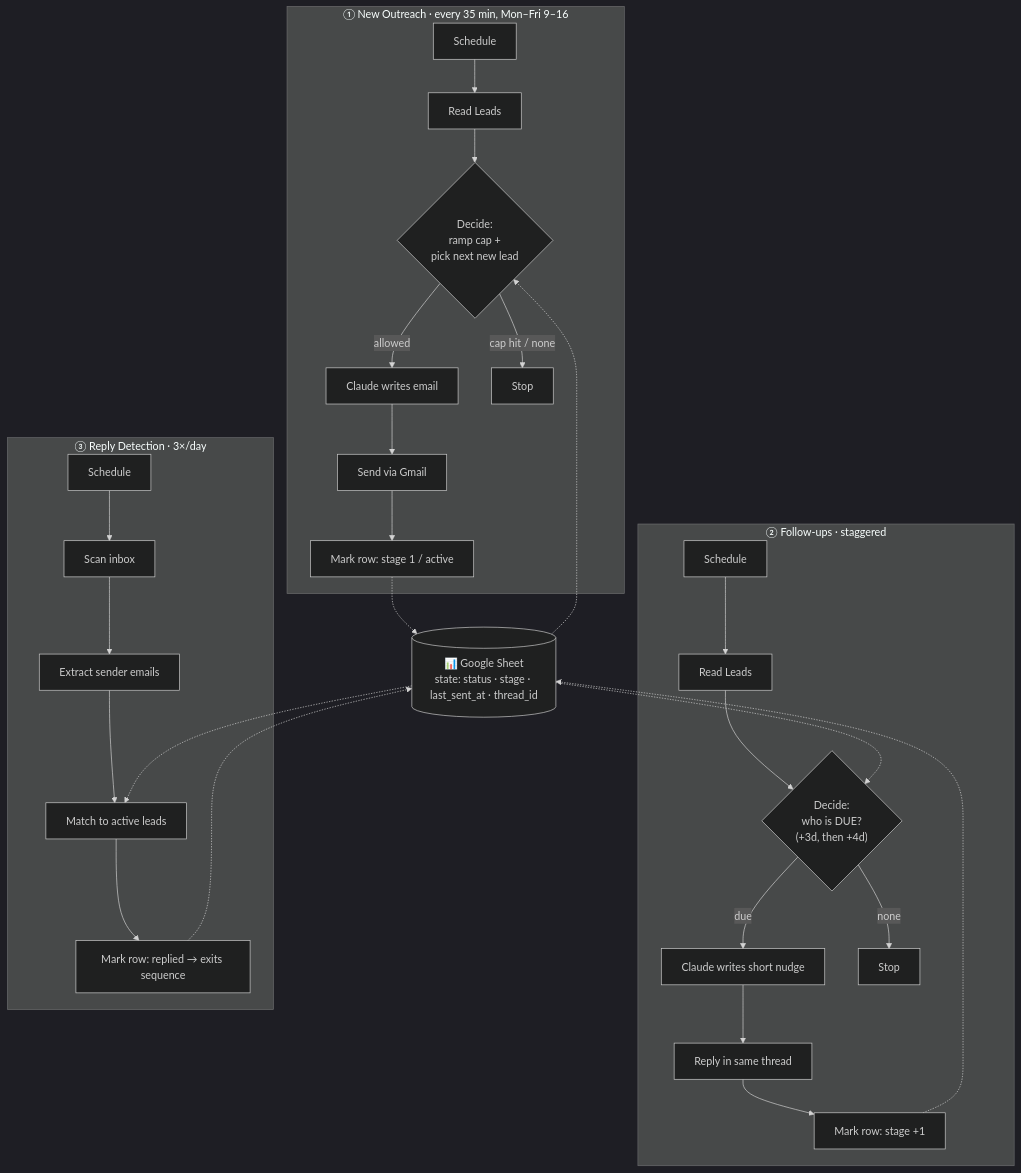
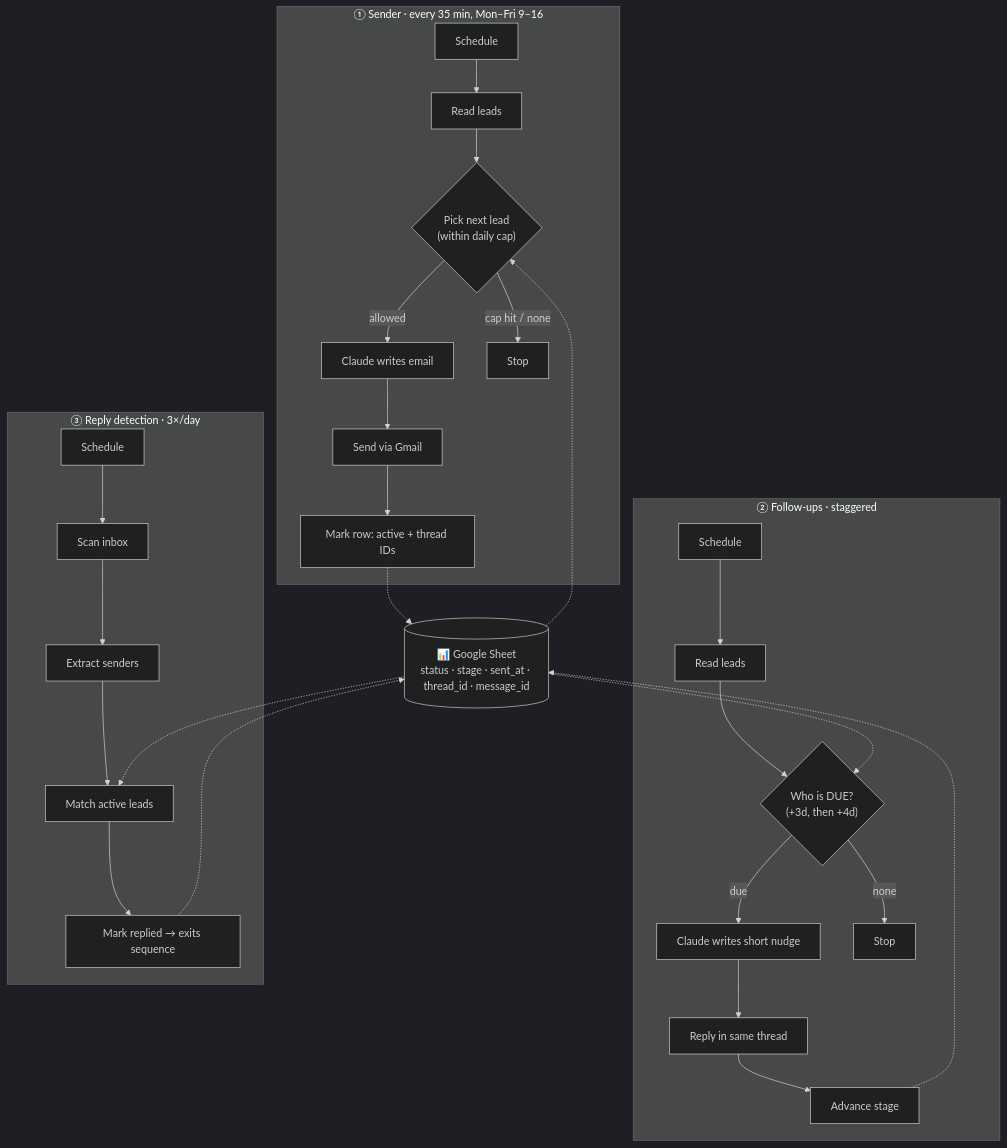
The diagram in README.md (shafeelahamed15/ai-cold-outreach-engine), drawn with Mermaid (dark theme) before and after one commit. The commit also changed other lines of this file and 4 other files, not shown here.

````diff
--- a/README.md
+++ b/README.md
@@ -41,24 +44,23 @@
 ```mermaid
 flowchart TD
-    subgraph F1["① New Outreach  ·  every 35 min, Mon–Fri 9–16"]
-        A1[Schedule] --> A2[Read Leads] --> A3{"Decide:<br/>ramp cap +<br/>pick next new lead"}
-        A3 -->|allowed| A4[Claude writes email] --> A5[Send via Gmail] --> A6[Mark row: stage 1 / active]
+    subgraph F1["① Sender · every 35 min, Mon–Fri 9–16"]
+        A1[Schedule] --> A2[Read leads] --> A3{"Pick next lead<br/>(within daily cap)"}
+        A3 -->|allowed| A4[Claude writes email] --> A5[Send via Gmail] --> A6[Mark row: active + thread IDs]
         A3 -->|cap hit / none| A7[Stop]
     end
-    subgraph F2["② Follow-ups  ·  staggered"]
-        B1[Schedule] --> B2[Read Leads] --> B3{"Decide:<br/>who is DUE?<br/>(+3d, then +4d)"}
-        B3 -->|due| B4[Claude writes short nudge] --> B5[Reply in same thread] --> B6[Mark row: stage +1]
+    subgraph F2["② Follow-ups · staggered"]
+        B1[Schedule] --> B2[Read leads] --> B3{"Who is DUE?<br/>(+3d, then +4d)"}
+        B3 -->|due| B4[Claude writes short nudge] --> B5[Reply in same thread] --> B6[Advance stage]
         B3 -->|none| B7[Stop]
     end
-    subgraph F3["③ Reply Detection  ·  3×/day"]
-        C1[Schedule] --> C2[Scan inbox] --> C3[Extract sender emails] --> C4[Match to active leads] --> C5[Mark row: replied → exits sequence]
+    subgraph F3["③ Reply detection · 3×/day"]
+        C1[Schedule] --> C2[Scan inbox] --> C3[Extract senders] --> C4[Match active leads] --> C5[Mark replied → exits sequence]
     end
-
-    DB[("📊 Google Sheet<br/>state: status · stage · last_sent_at · thread_id")]
+    DB[("📊 Google Sheet<br/>status · stage · sent_at · thread_id · message_id")]
     A6 -.-> DB
     B6 -.-> DB
     C5 -.-> DB
     DB -.-> A3
     DB -.-> B3
     DB -.-> C4
 ```
````
